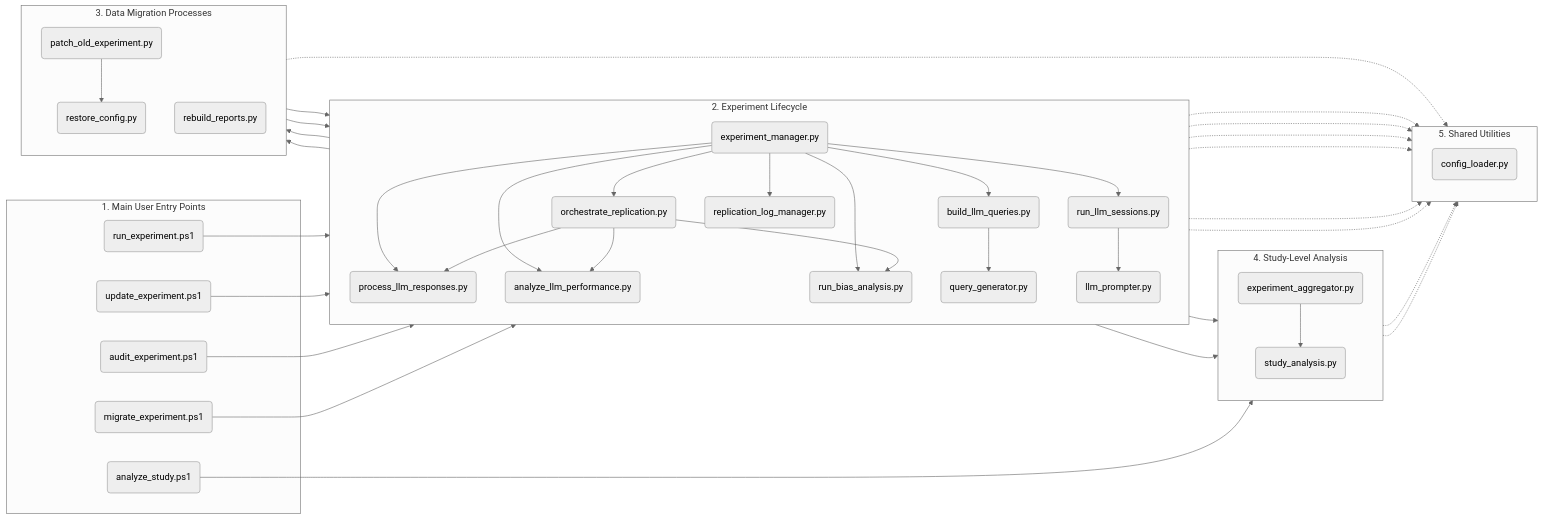
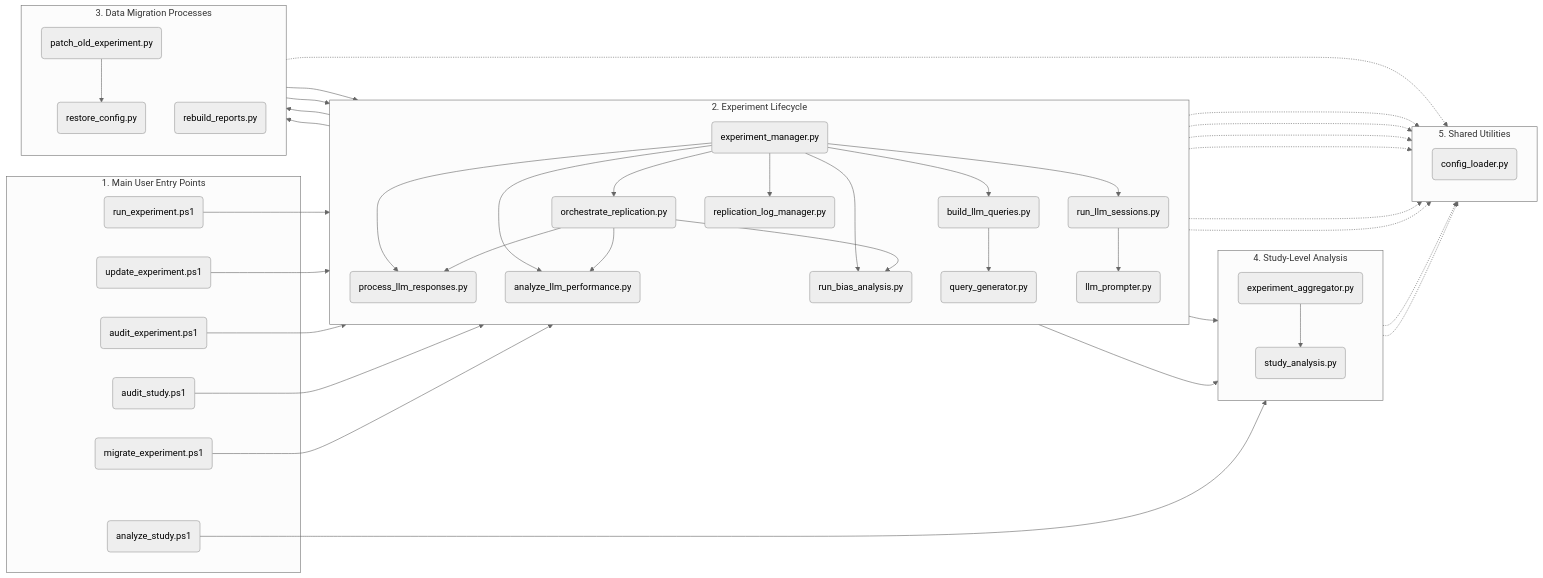
The diagram in docs/diagrams/codebase_architecture.mmd (peterjmarko/llm-narrative-framework), drawn with Mermaid (neutral theme) before and after one commit. The commit also changed 5 other files, not shown here.

First line of the commit message:
feat(audit-study): introduce study-level audit and enhance output

```diff
--- a/docs/diagrams/codebase_architecture.mmd
+++ b/docs/diagrams/codebase_architecture.mmd
@@ -1,90 +1,92 @@
 graph LR
     %% Main User Entry Points (Leftmost column)
     subgraph "1. Main User Entry Points"
         ps_run_exp("run_experiment.ps1")
         ps_update_exp("update_experiment.ps1")
         ps_audit_exp("audit_experiment.ps1")
+        ps_audit_study("audit_study.ps1")
         ps_migrate("migrate_experiment.ps1")
         ps_analyze_study("analyze_study.ps1")
     end
 
     %% Experiment Lifecycle (Central, main activities)
     subgraph "2. Experiment Lifecycle"
         direction TB
         exp_manager("experiment_manager.py")
         orchestrate("orchestrate_replication.py")
         build_queries("build_llm_queries.py")
         run_sessions("run_llm_sessions.py")
         process_responses("process_llm_responses.py")
         analyze_perf("analyze_llm_performance.py")
         log_manager("replication_log_manager.py")
         run_bias_analysis("run_bias_analysis.py")
         llm_prompter("llm_prompter.py")
         query_gen_util("query_generator.py")
     end
 
     %% Data Migration Processes (Above Experiment Lifecycle, called by exp_manager)
     subgraph "3. Data Migration Processes"
         direction TB
         patch_old("patch_old_experiment.py")
         restore_config("restore_config.py")
         rebuild_reports("rebuild_reports.py")
         patch_old --> restore_config
     end
     
     %% Study-Level Analysis (Below Experiment Lifecycle, final aggregation)
     subgraph "4. Study-Level Analysis"
         direction TB
         aggregator("experiment_aggregator.py")
         study_analyzer("study_analysis.py")
         aggregator --> study_analyzer
     end
 
     %% Shared Utilities (Positioned to reduce clutter, often below or to the right)
     subgraph "5. Shared Utilities"
         direction TB
         config_loader("config_loader.py")
     end
 
     %% --- Define Relationships ---
     %% PowerShell to Python Entry Points (Solid: Execution)
     ps_run_exp --> exp_manager
     ps_update_exp --> exp_manager
     ps_audit_exp --> exp_manager
+    ps_audit_study --> exp_manager
     ps_migrate --> exp_manager
     ps_analyze_study --> aggregator
     
     %% Experiment Manager's calls (Solid: Execution)
     exp_manager --> build_queries
     exp_manager --> run_sessions
     exp_manager --> process_responses
     exp_manager --> analyze_perf
     exp_manager --> run_bias_analysis
     exp_manager --> aggregator
     exp_manager --> orchestrate
     exp_manager --> log_manager
     exp_manager --> patch_old
     exp_manager --> rebuild_reports
 
     %% Orchestrator's role (now primarily for reprocessing)
     orchestrate --> process_responses
     orchestrate --> analyze_perf
     orchestrate --> run_bias_analysis
     orchestrate --> aggregator
 
     %% Utility dependencies (Solid: Execution)
     build_queries --> query_gen_util
     run_sessions --> llm_prompter
     rebuild_reports --> process_responses
     rebuild_reports --> analyze_perf
 
     %% Shared Utility Imports (Dotted: Import/Dependency)
     exp_manager -.-> config_loader
     orchestrate -.-> config_loader
     aggregator -.-> config_loader
     study_analyzer -.-> config_loader
     rebuild_reports -.-> config_loader
     query_gen_util -.-> config_loader
     llm_prompter -.-> config_loader
     analyze_perf -.-> config_loader
     process_responses -.-> config_loader
```
